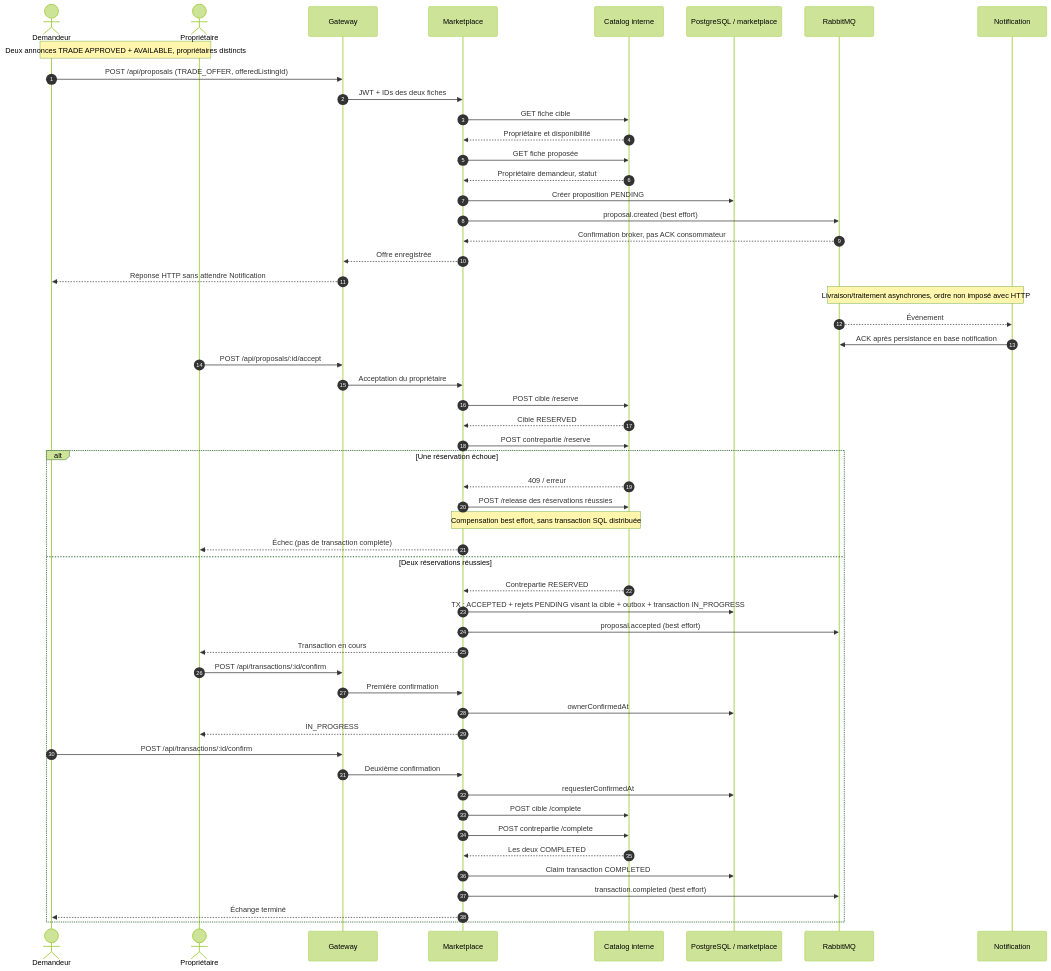
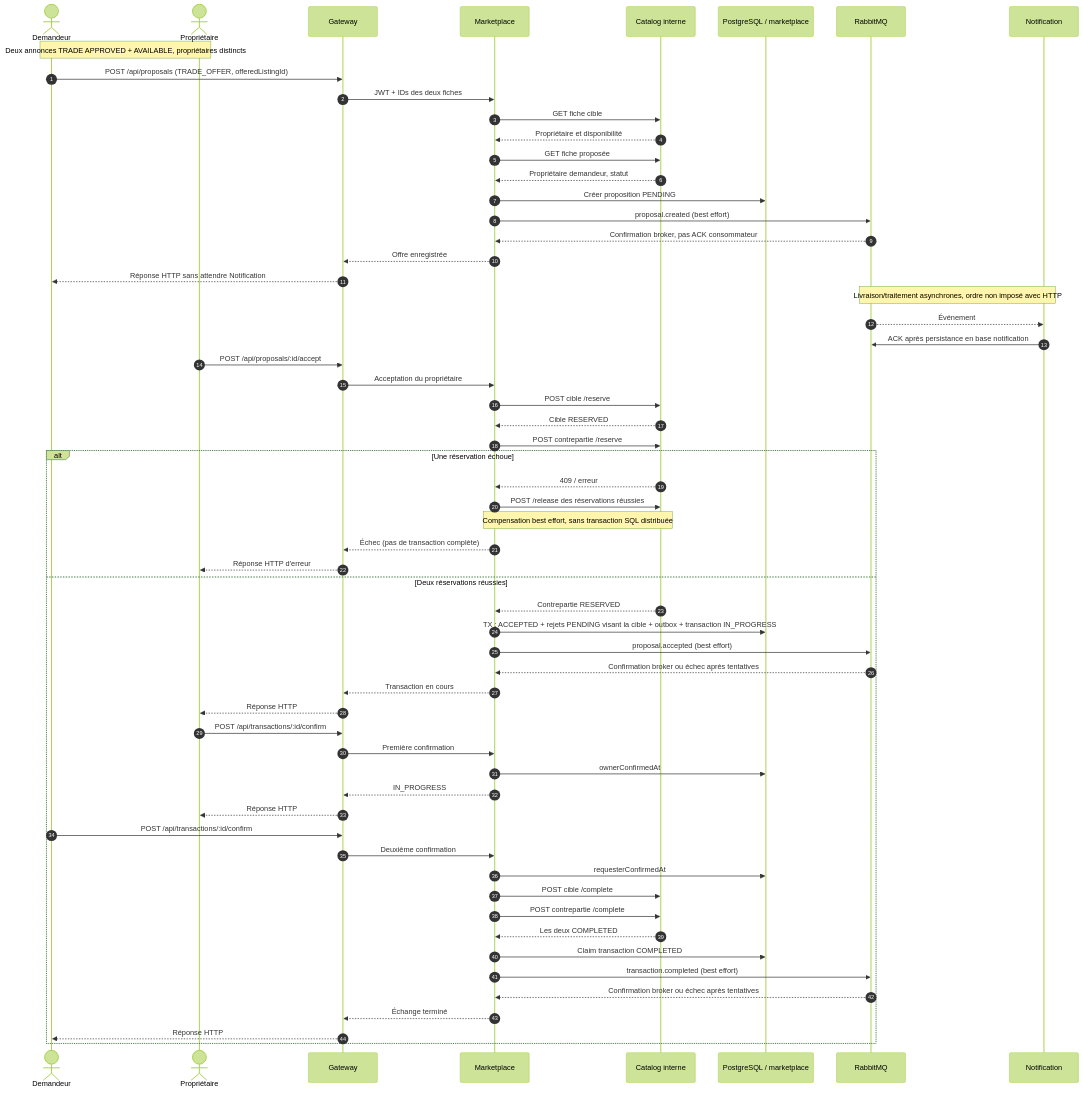
One commit to BALLOPROTEL/Projet_indiV26-espace-com-troc-don changed the fourth of 6 diagrams in docs/24-m10-architecture-finale.md. Above: the diagram before and after it, drawn with Mermaid (forest theme). The commit also changed other lines of this file, not shown here.

Commit message:
docs(#57): fix sequence Gateway responses, publisher confirms and event retention

````diff
--- a/docs/24-m10-architecture-finale.md
+++ b/docs/24-m10-architecture-finale.md
@@ -183,57 +190,63 @@
 ```mermaid
 sequenceDiagram
     autonumber
     actor A as Demandeur
     actor B as Propriétaire
     participant GW as Gateway
     participant M as Marketplace
     participant C as Catalog interne
     participant DB as PostgreSQL / marketplace
     participant MQ as RabbitMQ
     participant N as Notification
 
     Note over A,B: Deux annonces TRADE APPROVED + AVAILABLE, propriétaires distincts
     A->>GW: POST /api/proposals (TRADE_OFFER, offeredListingId)
     GW->>M: JWT + IDs des deux fiches
     M->>C: GET fiche cible
     C-->>M: Propriétaire et disponibilité
     M->>C: GET fiche proposée
     C-->>M: Propriétaire demandeur, statut
     M->>DB: Créer proposition PENDING
     M->>MQ: proposal.created (best effort)
     MQ-->>M: Confirmation broker, pas ACK consommateur
     M-->>GW: Offre enregistrée
     GW-->>A: Réponse HTTP sans attendre Notification
     Note over MQ,N: Livraison/traitement asynchrones, ordre non imposé avec HTTP
     MQ-->>N: Événement
     N->>MQ: ACK après persistance en base notification
     B->>GW: POST /api/proposals/:id/accept
     GW->>M: Acceptation du propriétaire
     M->>C: POST cible /reserve
     C-->>M: Cible RESERVED
     M->>C: POST contrepartie /reserve
     alt Une réservation échoue
         C-->>M: 409 / erreur
         M->>C: POST /release des réservations réussies
         Note over M,C: Compensation best effort, sans transaction SQL distribuée
-        M-->>B: Échec (pas de transaction complète)
+        M-->>GW: Échec (pas de transaction complète)
+        GW-->>B: Réponse HTTP d'erreur
     else Deux réservations réussies
         C-->>M: Contrepartie RESERVED
         M->>DB: TX : ACCEPTED + rejets PENDING visant la cible + outbox + transaction IN_PROGRESS
         M->>MQ: proposal.accepted (best effort)
-        M-->>B: Transaction en cours
+        MQ-->>M: Confirmation broker ou échec après tentatives
+        M-->>GW: Transaction en cours
+        GW-->>B: Réponse HTTP
         B->>GW: POST /api/transactions/:id/confirm
         GW->>M: Première confirmation
         M->>DB: ownerConfirmedAt
-        M-->>B: IN_PROGRESS
+        M-->>GW: IN_PROGRESS
+        GW-->>B: Réponse HTTP
         A->>GW: POST /api/transactions/:id/confirm
         GW->>M: Deuxième confirmation
         M->>DB: requesterConfirmedAt
         M->>C: POST cible /complete
         M->>C: POST contrepartie /complete
         C-->>M: Les deux COMPLETED
         M->>DB: Claim transaction COMPLETED
         M->>MQ: transaction.completed (best effort)
-        M-->>A: Échange terminé
+        MQ-->>M: Confirmation broker ou échec après tentatives
+        M-->>GW: Échange terminé
+        GW-->>A: Réponse HTTP
     end
 ```
````
